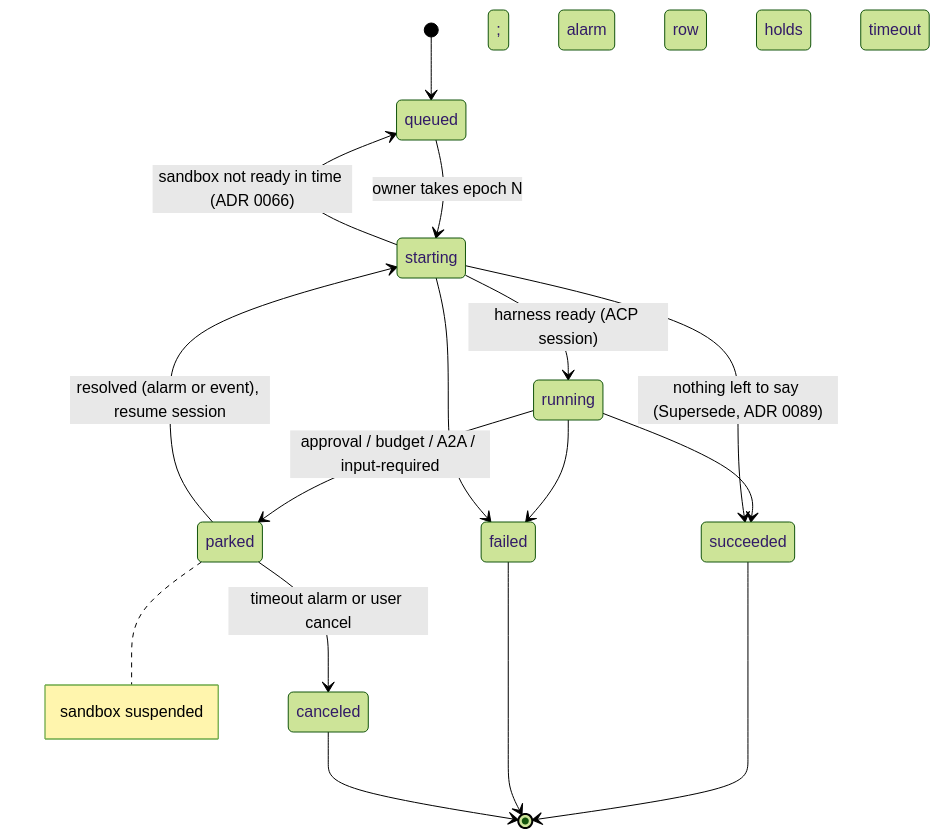
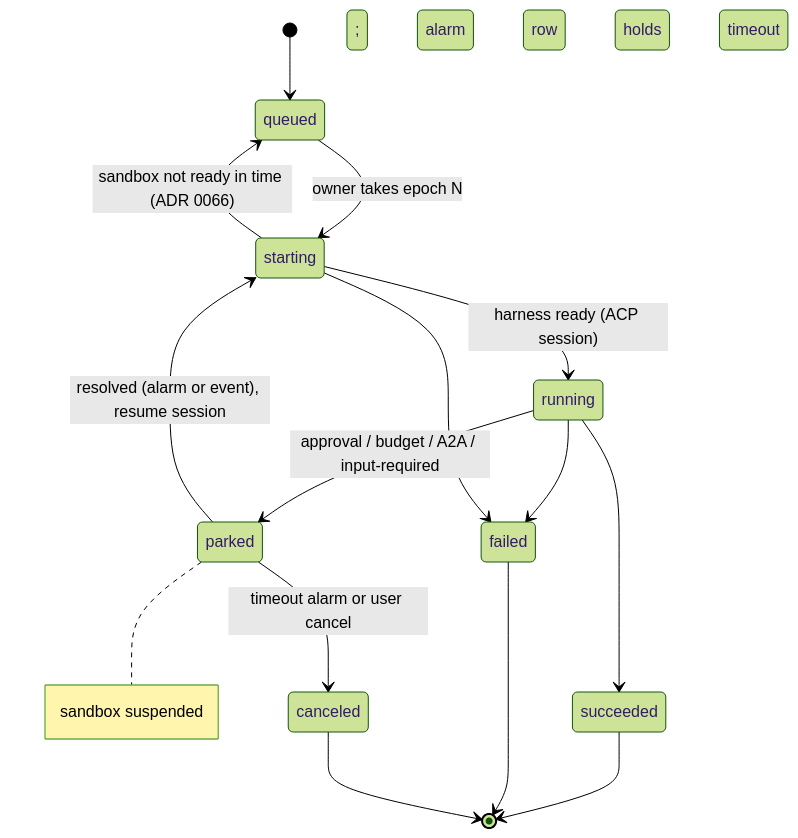
One commit to stateracloud/koinon changed the diagram in docs/adr/0030-run-state-machine.md. Above: the diagram before and after it, drawn with Mermaid (forest theme). The commit also changed other lines of this file and 1 other file, not shown here.

Commit message:
docs(adr): record Supersede as dated amendments to 0030 and 0089 (#21)

````diff
--- a/docs/adr/0030-run-state-machine.md
+++ b/docs/adr/0030-run-state-machine.md
@@ -49,18 +49,17 @@
 ```mermaid
 stateDiagram-v2
     [*] --> queued
     queued --> starting: owner takes epoch N
     starting --> running: harness ready (ACP session)
     running --> parked: approval / budget / A2A / input-required
     parked --> starting: resolved (alarm or event), resume session
     running --> succeeded
     running --> failed
     parked --> canceled: timeout alarm or user cancel
     starting --> failed
-    starting --> succeeded: nothing left to say (Supersede, ADR 0089)
     starting --> queued: sandbox not ready in time (ADR 0066)
     succeeded --> [*]
     failed --> [*]
     canceled --> [*]
     note right of parked: sandbox suspended; alarm row holds timeout
 ```
````
